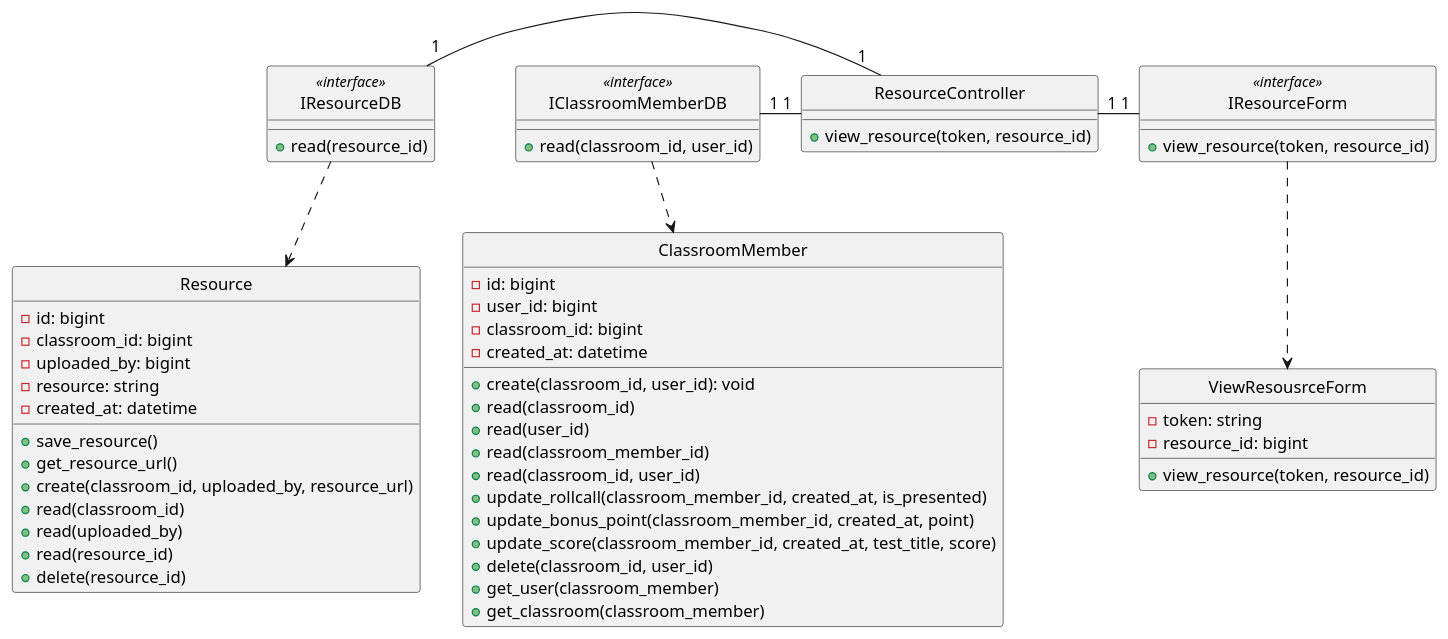
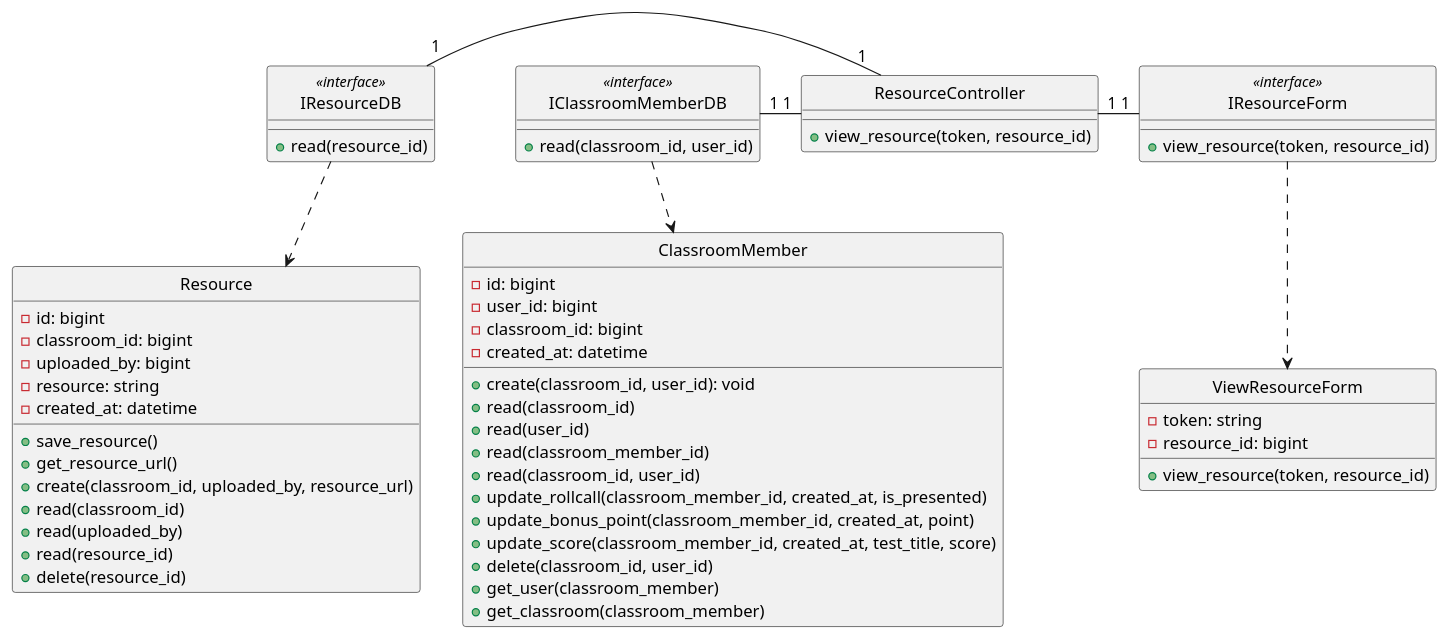
One commit to anonyhostvn/OOAD-Diagram changed the diagram in class - design/resource/viewResource.plantuml. Above: the diagram before and after it, drawn with PlantUML. The commit also changed 3 other files, not shown here.

```diff
--- a/class - design/resource/viewResource.plantuml
+++ b/class - design/resource/viewResource.plantuml
@@ -1,79 +1,79 @@
 @startuml viewResource
 
-class ViewResousrceForm {
+class ViewResourceForm {
     - token: string
     - resource_id: bigint
 
     + view_resource(token, resource_id)
 }
 
 class IResourceForm <<interface>> {
     + view_resource(token, resource_id)
 }
 
 class ResourceController {
     + view_resource(token, resource_id)
 }
 
 class ClassroomMember {
     - id: bigint
     - user_id: bigint
     - classroom_id: bigint
     - created_at: datetime
 
     + create(classroom_id, user_id): void
     + read(classroom_id)
     + read(user_id)
     + read(classroom_member_id)
     + read(classroom_id, user_id)
     + update_rollcall(classroom_member_id, created_at, is_presented)
     + update_bonus_point(classroom_member_id, created_at, point)
     + update_score(classroom_member_id, created_at, test_title, score)
     + delete(classroom_id, user_id)
     + get_user(classroom_member)
     + get_classroom(classroom_member)
 }
 
 class IClassroomMemberDB <<interface>> {
     + read(classroom_id, user_id)
 }
 
 
 class Resource {
     -id: bigint
     -classroom_id: bigint
     -uploaded_by: bigint
     -resource: string
     -created_at: datetime
 
     + save_resource()
     + get_resource_url()
     + create(classroom_id, uploaded_by, resource_url)
     + read(classroom_id)
     + read(uploaded_by)
     + read(resource_id)
     + delete(resource_id)
 }
 
 class IResourceDB <<interface>> {
     + read(resource_id)
 }
 
-hide ViewResousrceForm circle
+hide ViewResourceForm circle
 hide IResourceForm <<interface>> circle
 hide ResourceController circle
 hide IClassroomMemberDB <<interface>> circle
 hide ClassroomMember circle
 hide IResourceDB <<interface>> circle
 hide Resource circle 
 
 
-IResourceForm .down.> ViewResousrceForm
+IResourceForm .down.> ViewResourceForm
 IClassroomMemberDB .down.> ClassroomMember
 IResourceDB .down.> Resource
 IResourceForm "1"-left-"1" ResourceController
 ResourceController "1"-left-"1" IClassroomMemberDB
 ResourceController "1"-left-"1" IResourceDB
 
 
 @enduml
```
